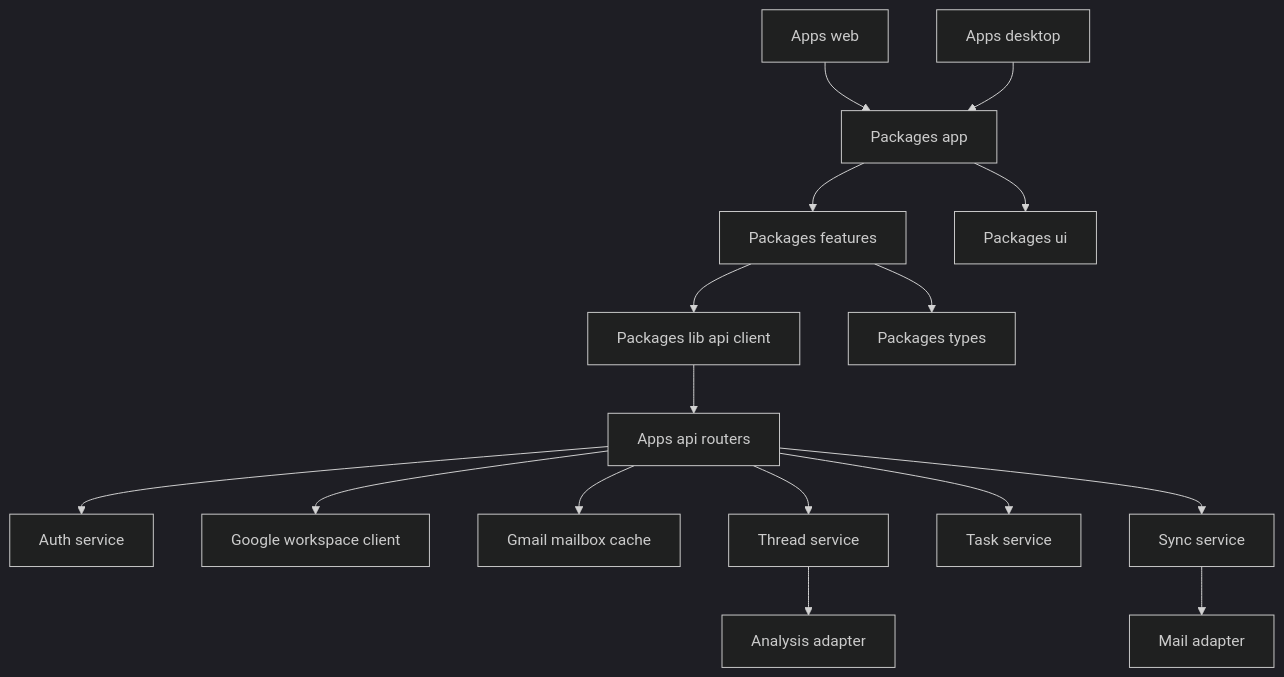
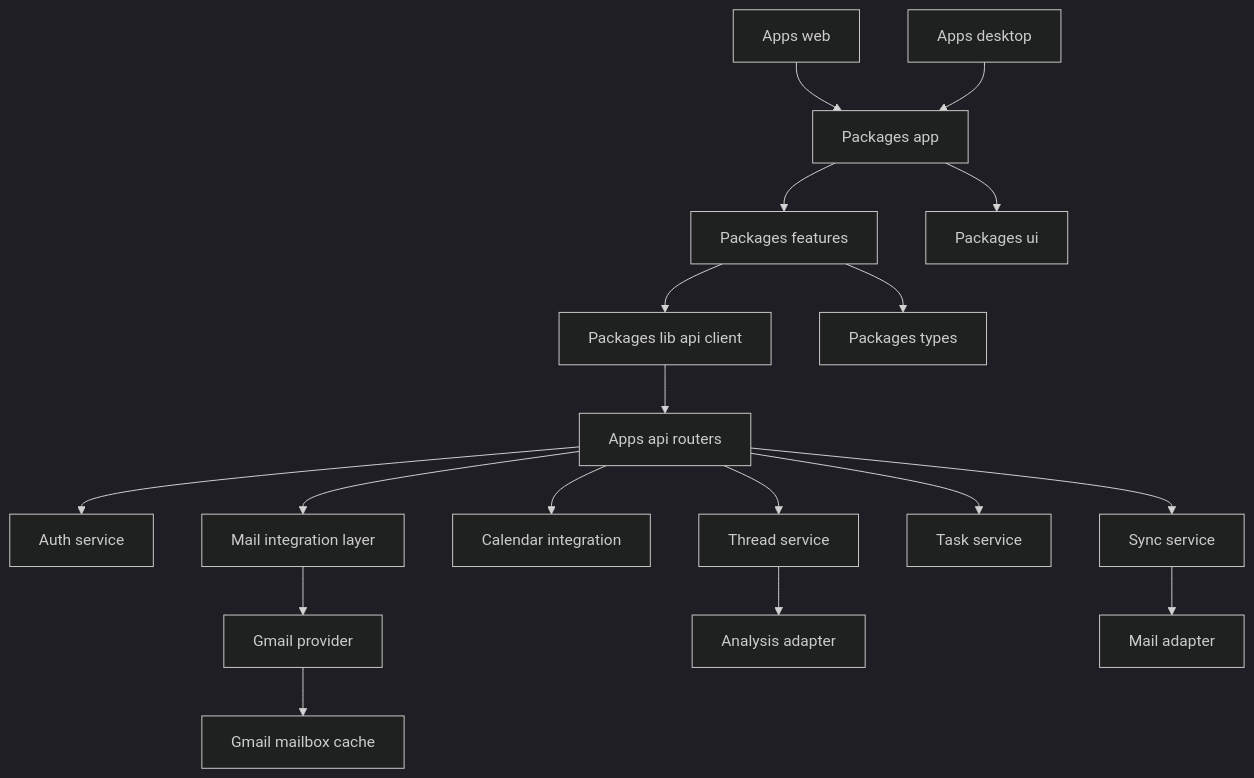
Before and after one commit to ruoliu2/InboxOS: the diagram in docs/architecture/component-overview.md, drawn with Mermaid (dark theme). The commit also changed other lines of this file and 3 other files, not shown here.

Commit message:
Clarify Gmail-first provider-ready mail docs

````diff
--- a/docs/architecture/component-overview.md
+++ b/docs/architecture/component-overview.md
@@ -7,18 +7,20 @@
 ```mermaid
 graph TD
 A1["Apps web"] --> B1["Packages app"]
 A2["Apps desktop"] --> B1
 B1 --> C1["Packages features"]
 B1 --> D1["Packages ui"]
 C1 --> E1["Packages lib api client"]
 C1 --> F1["Packages types"]
 E1 --> G1["Apps api routers"]
 G1 --> H1["Auth service"]
-G1 --> I1["Google workspace client"]
-G1 --> J1["Gmail mailbox cache"]
-G1 --> K1["Thread service"]
-G1 --> L1["Task service"]
-G1 --> M1["Sync service"]
-K1 --> N1["Analysis adapter"]
-M1 --> O1["Mail adapter"]
+G1 --> I1["Mail integration layer"]
+I1 --> J1["Gmail provider"]
+J1 --> K1["Gmail mailbox cache"]
+G1 --> L1["Calendar integration"]
+G1 --> M1["Thread service"]
+G1 --> N1["Task service"]
+G1 --> O1["Sync service"]
+M1 --> P1["Analysis adapter"]
+O1 --> Q1["Mail adapter"]
 ```
````
